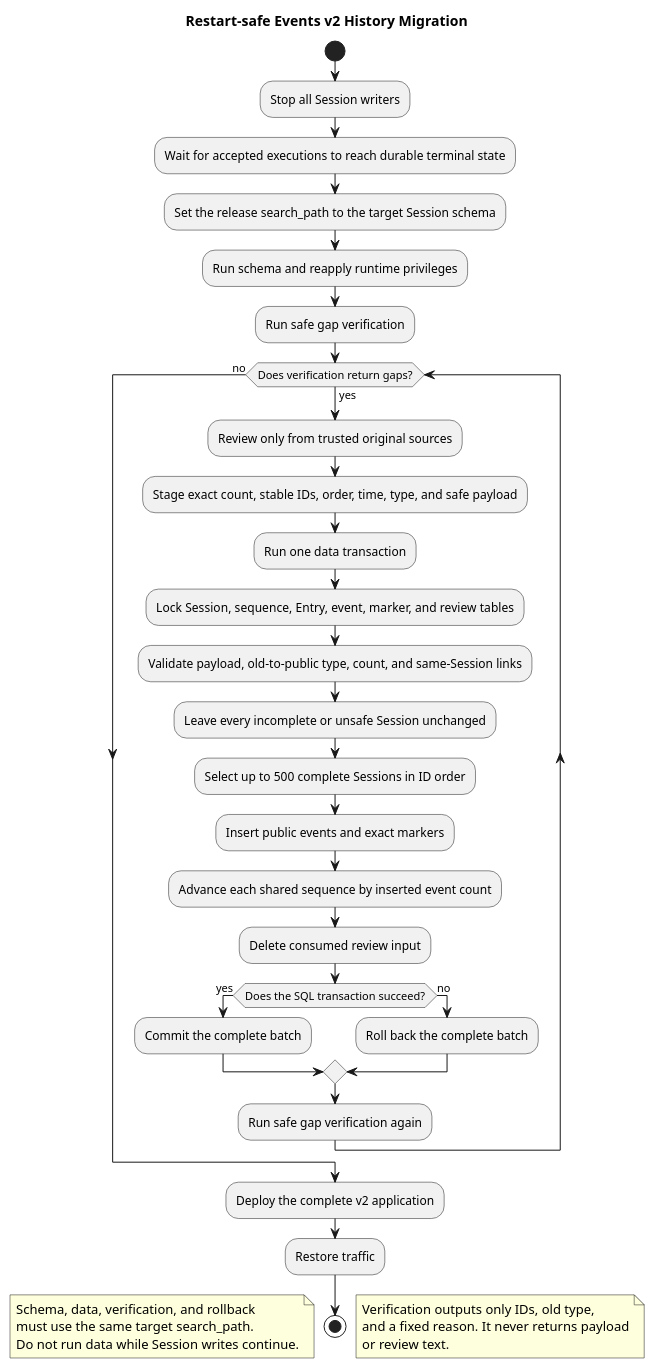
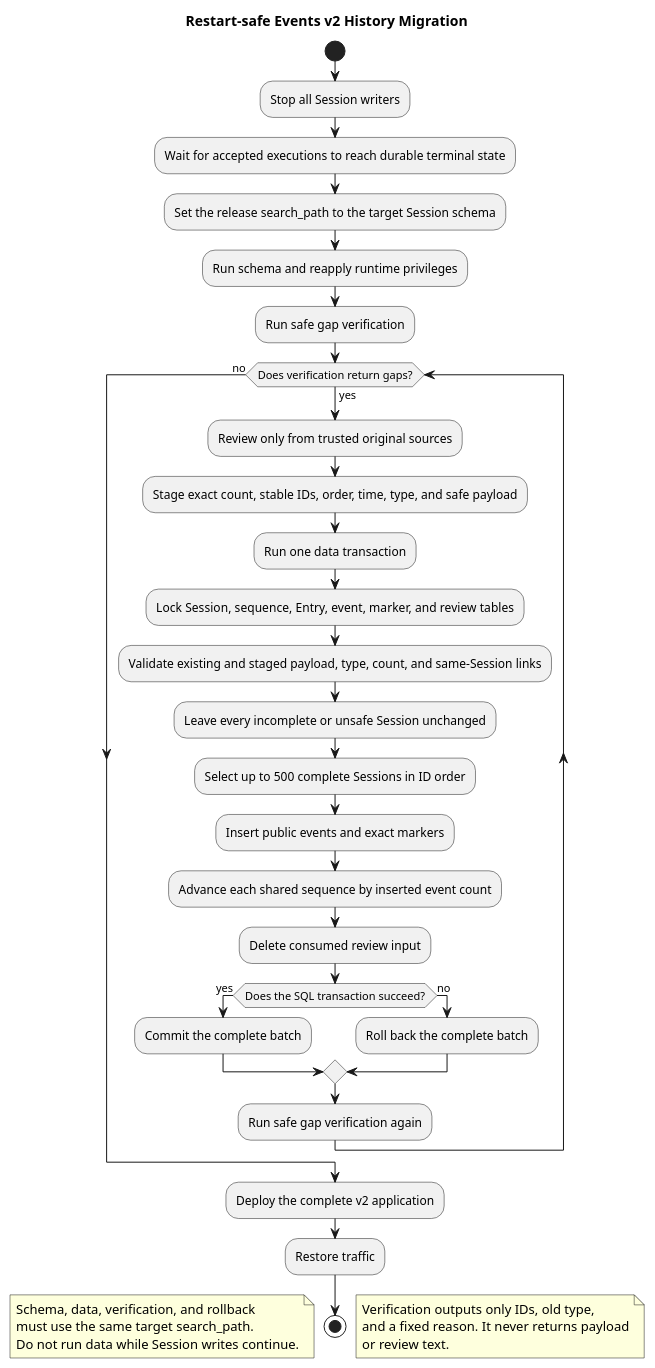
The diagram in docs/designs/runtime-event-migration/diagram.puml (2862282695gjh-afk/pi-mono-java), drawn with PlantUML before and after one commit. The commit also changed 4 other files, not shown here.

```diff
--- a/docs/designs/runtime-event-migration/diagram.puml
+++ b/docs/designs/runtime-event-migration/diagram.puml
@@ -1,56 +1,56 @@
 @startuml event_history_migration
 title Restart-safe Events v2 History Migration
 ' Contract baseline: pi-mono-java-design 2ee2a3211da68ad87b0d9cab353e691b00bdaebd
 ' Contract source: chat-events-v2-history-design.md section 2.0
 ' Java baseline: pi-mono-java 72f3550e
-' Implementation commit: a2d9c104
+' Implementation commit: 247ee0af
 ' Source: modules/coding-agent-cli/src/main/resources/db/gaussdb/upgrade/V1_to_V2__schema.sql
 ' Source: modules/coding-agent-cli/src/main/resources/db/gaussdb/upgrade/V1_to_V2__data.sql
 ' Source: modules/coding-agent-cli/src/main/resources/db/gaussdb/upgrade/V1_to_V2__verify.sql
 ' Pi baseline: 5cd93f688aaab89dbb6dfa4aca535f21796ae185
 ' Pi source: packages/agent/src/agent-loop.ts#runLoop
 ' Observed behavior: old Java Entries do not prove a complete and safe public projection.
 ' Design reason: migrate only reviewed or mechanically provable complete Sessions.
 ' Java divergence: the release migration is a CampusClaw architecture and security change.
 start
 :Stop all Session writers;
 :Wait for accepted executions to reach durable terminal state;
 :Set the release search_path to the target Session schema;
 :Run schema and reapply runtime privileges;
 :Run safe gap verification;
 
 while (Does verification return gaps?) is (yes)
   :Review only from trusted original sources;
   :Stage exact count, stable IDs, order, time, type, and safe payload;
   :Run one data transaction;
   :Lock Session, sequence, Entry, event, marker, and review tables;
-  :Validate payload, old-to-public type, count, and same-Session links;
+  :Validate existing and staged payload, type, count, and same-Session links;
   :Leave every incomplete or unsafe Session unchanged;
   :Select up to 500 complete Sessions in ID order;
   :Insert public events and exact markers;
   :Advance each shared sequence by inserted event count;
   :Delete consumed review input;
   if (Does the SQL transaction succeed?) then (yes)
     :Commit the complete batch;
   else (no)
     :Roll back the complete batch;
   endif
   :Run safe gap verification again;
 endwhile (no)
 
 :Deploy the complete v2 application;
 :Restore traffic;
 stop
 
 note right
 Verification outputs only IDs, old type,
 and a fixed reason. It never returns payload
 or review text.
 end note
 
 note left
 Schema, data, verification, and rollback
 must use the same target search_path.
 Do not run data while Session writes continue.
 end note
 @enduml
```
